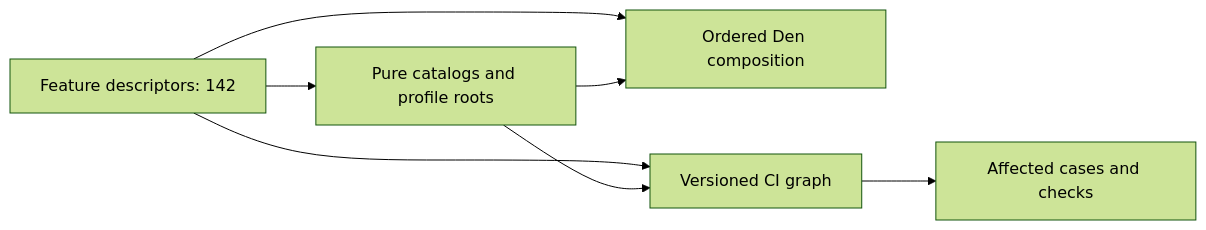
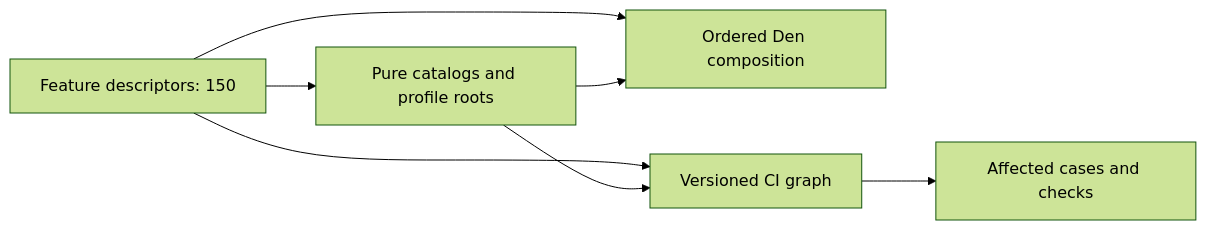
One commit to closure-labs/foundation changed the diagram in docs/ARCHITECTURE.md. Above: the diagram before and after it, drawn with Mermaid (forest theme). The commit also changed other lines of this file and 81 other files, not shown here.

````diff
--- a/docs/ARCHITECTURE.md
+++ b/docs/ARCHITECTURE.md
@@ -4,9 +4,9 @@
 ```mermaid
 flowchart LR
-  F["Feature descriptors: 142"] --> C["Pure catalogs and profile roots"]
+  F["Feature descriptors: 150"] --> C["Pure catalogs and profile roots"]
   F --> D["Ordered Den composition"]
   F --> G["Versioned CI graph"]
   C --> D
   C --> G
   G --> CI["Affected cases and checks"]
 ```
````
